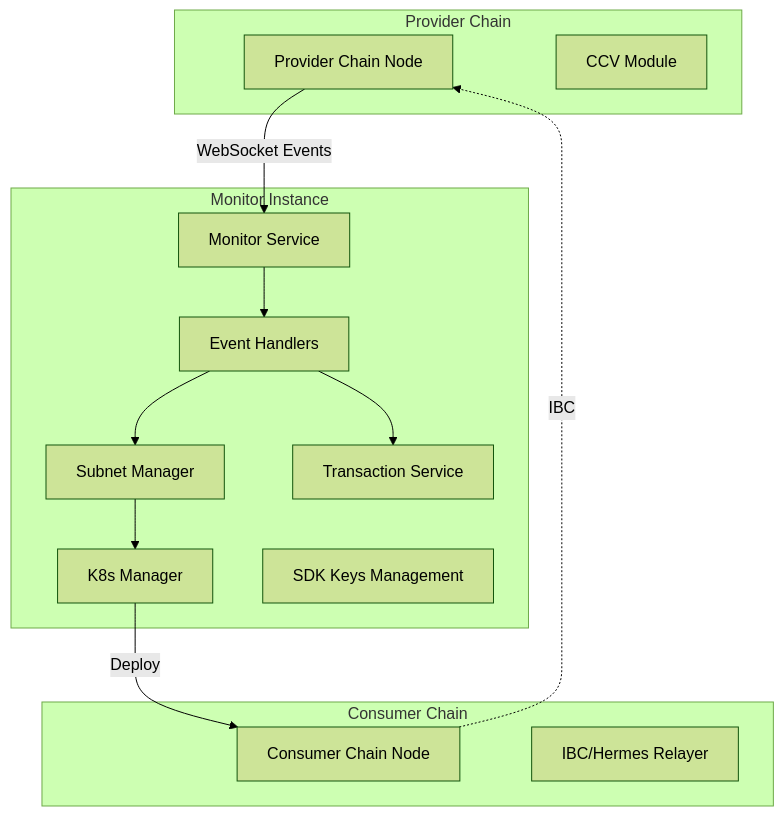
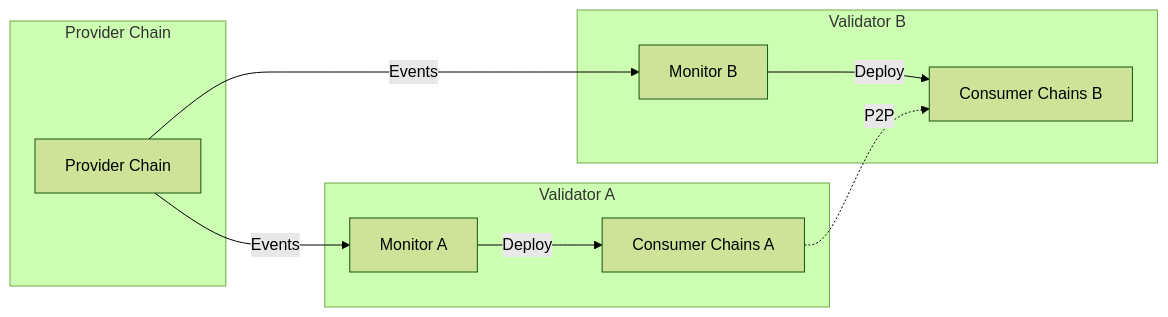
The diagram in README.md (roylee17/monitor), drawn with Mermaid (forest theme) before and after one commit. The commit also changed other lines of this file and 109 other files, not shown here.

````diff
--- a/README.md
+++ b/README.md
@@ -32,29 +158,22 @@
 ```mermaid
-graph TB
+graph LR
     subgraph "Provider Chain"
-        PC[Provider Chain Node]
-        CCV[CCV Module]
+        PC[Provider Chain]
     end
-
-    subgraph "Monitor Instance"
-        M[Monitor Service]
-        EH[Event Handlers]
-        SM[Subnet Manager]
-        TX[Transaction Service]
-        KM[K8s Manager]
-        SDK[SDK Keys Management]
+    
+    subgraph "Validator A"
+        MA[Monitor A]
+        CA[Consumer Chains A]
     end
-
-    subgraph "Consumer Chain"
-        CC[Consumer Chain Node]
-        IBC[IBC/Hermes Relayer]
+    
+    subgraph "Validator B"
+        MB[Monitor B]
+        CB[Consumer Chains B]
     end
-
-    PC -->|WebSocket Events| M
-    M --> EH
-    EH --> SM
-    EH --> TX
-    SM --> KM
-    KM -->|Deploy| CC
-    CC -.->|IBC| PC
+    
+    PC -->|Events| MA
+    PC -->|Events| MB
+    MA -->|Deploy| CA
+    MB -->|Deploy| CB
+    CA -.->|P2P| CB
 ```
````
